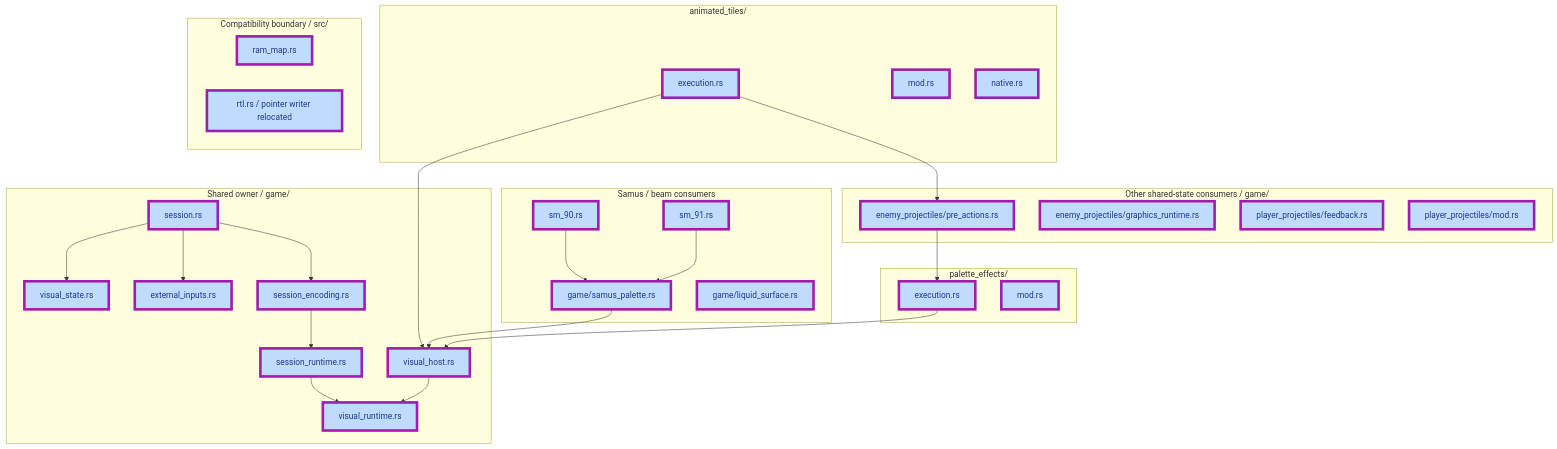
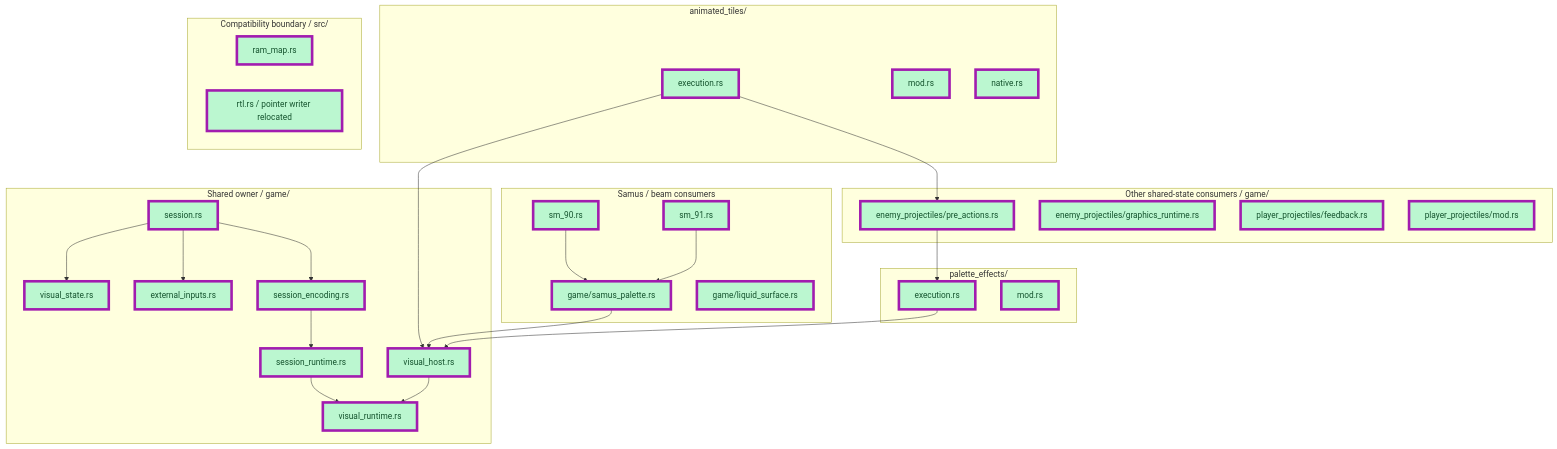
Before and after one commit to JimLundin/sm-decomp: the fourth of 15 diagrams in PROGRESS.md, drawn with Mermaid. The commit also changed other lines of this file and 67 other files, not shown here.

First line of the commit message:
Adopt shared visual Session; oracle replay and 27 mutations pass

````diff
--- a/PROGRESS.md
+++ b/PROGRESS.md
@@ -120,51 +117,51 @@
 ```mermaid
 flowchart TB
     subgraph owner["Shared owner / game/"]
-        S["session.rs"]:::checked
-        VS["visual_state.rs"]:::checked
-        EI["external_inputs.rs"]:::checked
-        VH["visual_host.rs"]:::checked
-        SE["session_encoding.rs"]:::checked
-        SR["session_runtime.rs"]:::checked
-        VR["visual_runtime.rs"]:::checked
+        S["session.rs"]:::done
+        VS["visual_state.rs"]:::done
+        EI["external_inputs.rs"]:::done
+        VH["visual_host.rs"]:::done
+        SE["session_encoding.rs"]:::done
+        SR["session_runtime.rs"]:::done
+        VR["visual_runtime.rs"]:::done
     end
     subgraph palette["palette_effects/"]
-        PE["execution.rs"]:::checked
-        PM["mod.rs"]:::checked
+        PE["execution.rs"]:::done
+        PM["mod.rs"]:::done
     end
     subgraph animation["animated_tiles/"]
-        AE["execution.rs"]:::checked
-        AM["mod.rs"]:::checked
-        AN["native.rs"]:::checked
+        AE["execution.rs"]:::done
+        AM["mod.rs"]:::done
+        AN["native.rs"]:::done
     end
     subgraph player["Samus / beam consumers"]
-        SP["game/samus_palette.rs"]:::checked
-        LS["game/liquid_surface.rs"]:::checked
-        B90["sm_90.rs"]:::checked
-        B91["sm_91.rs"]:::checked
+        SP["game/samus_palette.rs"]:::done
+        LS["game/liquid_surface.rs"]:::done
+        B90["sm_90.rs"]:::done
+        B91["sm_91.rs"]:::done
     end
     subgraph callers["Other shared-state consumers / game/"]
-        EP["enemy_projectiles/pre_actions.rs"]:::checked
-        EG["enemy_projectiles/graphics_runtime.rs"]:::checked
-        PF["player_projectiles/feedback.rs"]:::checked
-        PP["player_projectiles/mod.rs"]:::checked
+        EP["enemy_projectiles/pre_actions.rs"]:::done
+        EG["enemy_projectiles/graphics_runtime.rs"]:::done
+        PF["player_projectiles/feedback.rs"]:::done
+        PP["player_projectiles/mod.rs"]:::done
     end
     subgraph compatibility["Compatibility boundary / src/"]
-        RAM["ram_map.rs"]:::checked
-        RTL["rtl.rs / pointer writer relocated"]:::checked
+        RAM["ram_map.rs"]:::done
+        RTL["rtl.rs / pointer writer relocated"]:::done
     end
     S --> VS
     S --> EI
     S --> SE --> SR --> VR
     VH --> VR
     PE --> VH
     AE --> VH
     SP --> VH
     B90 --> SP
     B91 --> SP
     EP --> PE
     AE --> EP
     class S,VS,EI,VH,SE,SR,VR,PE,PM,AE,AM,AN,SP,LS,B90,B91,EP,EG,PF,PP,RAM,RTL changed
-    classDef checked fill:#bfdbfe,stroke:#2563eb,color:#1e3a8a
+    classDef done fill:#bbf7d0,stroke:#15803d,color:#14532d
     classDef changed stroke:#a21caf,stroke-width:5px
 ```
````
